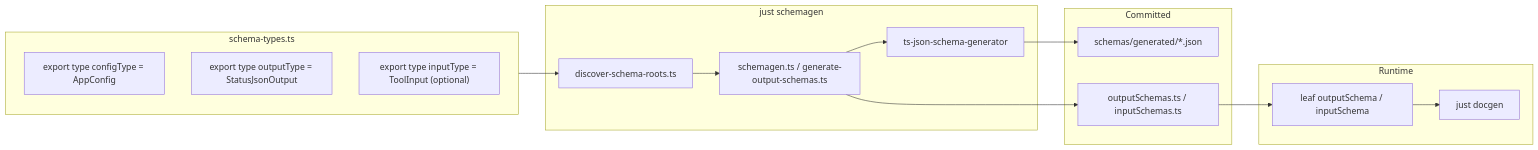
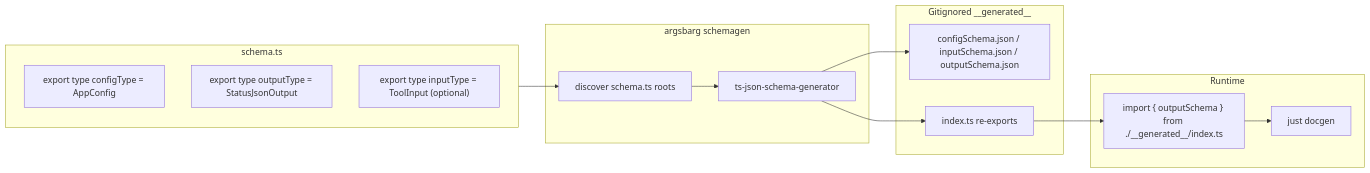
One commit to bdombro/bun-argsbarg changed the diagram in docs/output-schema.md. Above: the diagram before and after it, drawn with Mermaid. The commit also changed other lines of this file and 36 other files, not shown here.

````diff
--- a/docs/output-schema.md
+++ b/docs/output-schema.md
@@ -49,23 +51,22 @@
 ```mermaid
 flowchart LR
-  subgraph types [schema-types.ts]
+  subgraph types [schema.ts]
     Config["export type configType = AppConfig"]
     Output["export type outputType = StatusJsonOutput"]
     Input["export type inputType = ToolInput (optional)"]
   end
-  subgraph gen [just schemagen]
-    Discover["discover-schema-roots.ts"]
-    Script["schemagen.ts / generate-output-schemas.ts"]
+  subgraph gen [argsbarg schemagen]
+    Discover["discover schema.ts roots"]
     Gen["ts-json-schema-generator"]
   end
-  subgraph artifacts [Committed]
-    Json["schemas/generated/*.json"]
-    Bridge["outputSchemas.ts / inputSchemas.ts"]
+  subgraph artifacts [Gitignored __generated__]
+    Json["configSchema.json / inputSchema.json / outputSchema.json"]
+    Index["index.ts re-exports"]
   end
   subgraph runtime [Runtime]
-    Leaves["leaf outputSchema / inputSchema"]
+    Leaves["import { outputSchema } from ./__generated__/index.ts"]
     Docgen["just docgen"]
   end
-  types --> Discover --> Script --> Gen --> Json
-  Script --> Bridge --> Leaves --> Docgen
+  types --> Discover --> Gen --> Json
+  Gen --> Index --> Leaves --> Docgen
 ```
````
